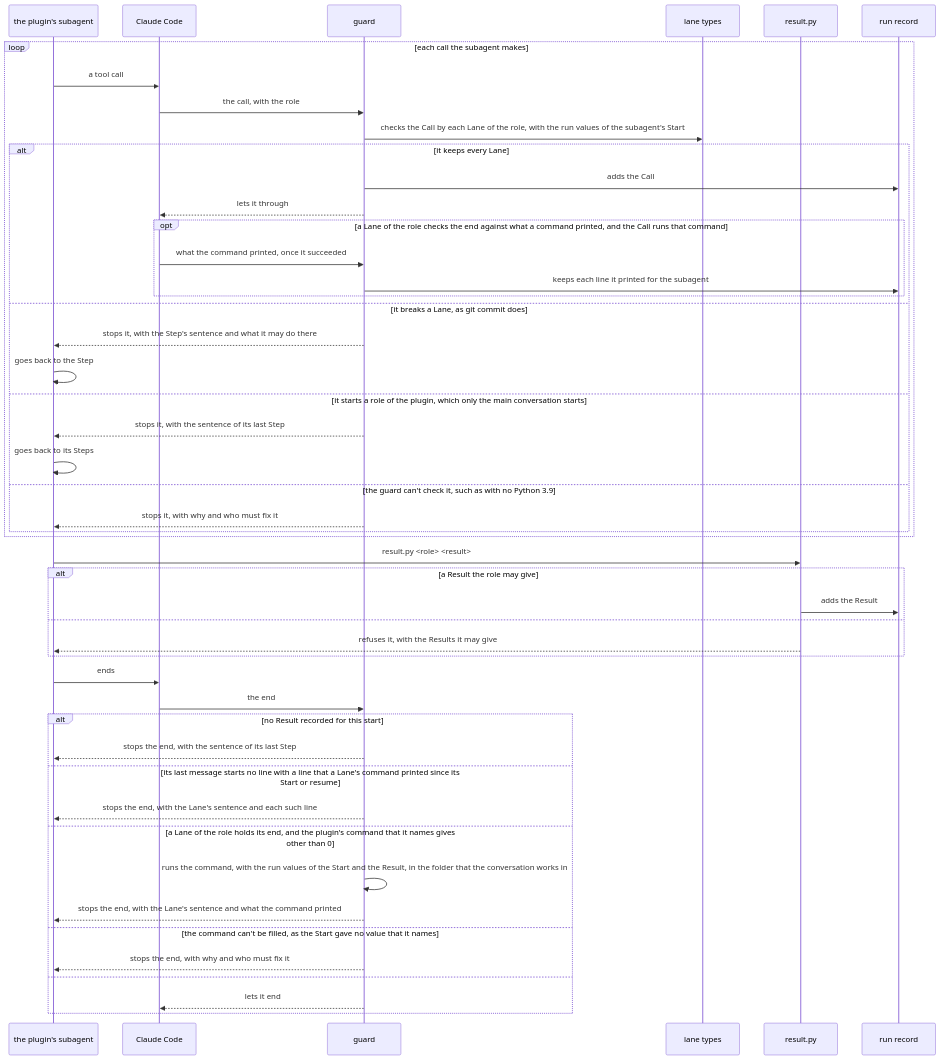
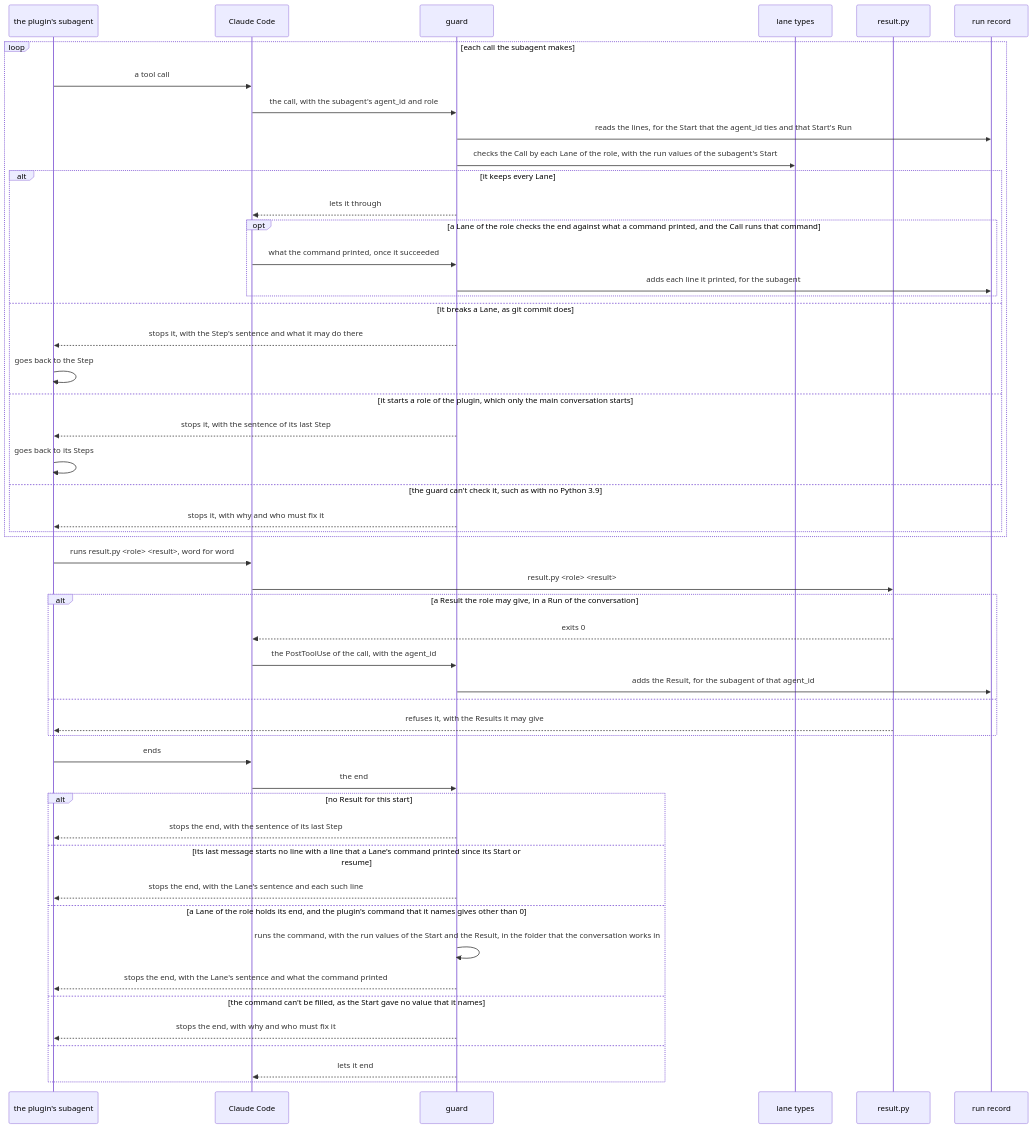
The sixth of 7 diagrams in dev/lane/architecture.md (lovaizu/ccpm), drawn with Mermaid before and after one commit. The commit also changed other lines of this file and 30 other files, not shown here.

````diff
--- a/dev/lane/architecture.md
+++ b/dev/lane/architecture.md
@@ -579,50 +638,53 @@
 ```mermaid
 sequenceDiagram
   participant SA as the plugin's subagent
   participant CC as Claude Code
   participant G as guard
   participant T as lane types
   participant R as result.py
   participant RS as run record
   loop each call the subagent makes
     SA->>CC: a tool call
-    CC->>G: the call, with the role
+    CC->>G: the call, with the subagent's agent_id and role
+    G->>RS: reads the lines, for the Start that the agent_id ties and that Start's Run
     G->>T: checks the Call by each Lane of the role, with the run values of the subagent's Start
     alt it keeps every Lane
-      G->>RS: adds the Call
       G-->>CC: lets it through
       opt a Lane of the role checks the end against what a command printed, and the Call runs that command
         CC->>G: what the command printed, once it succeeded
-        G->>RS: keeps each line it printed for the subagent
+        G->>RS: adds each line it printed, for the subagent
       end
     else it breaks a Lane, as git commit does
       G-->>SA: stops it, with the Step's sentence and what it may do there
       SA->>SA: goes back to the Step
     else it starts a role of the plugin, which only the main conversation starts
       G-->>SA: stops it, with the sentence of its last Step
       SA->>SA: goes back to its Steps
     else the guard can't check it, such as with no Python 3.9
       G-->>SA: stops it, with why and who must fix it
     end
   end
-  SA->>R: result.py <role> <result>
-  alt a Result the role may give
-    R->>RS: adds the Result
+  SA->>CC: runs result.py <role> <result>, word for word
+  CC->>R: result.py <role> <result>
+  alt a Result the role may give, in a Run of the conversation
+    R-->>CC: exits 0
+    CC->>G: the PostToolUse of the call, with the agent_id
+    G->>RS: adds the Result, for the subagent of that agent_id
   else
     R-->>SA: refuses it, with the Results it may give
   end
   SA->>CC: ends
   CC->>G: the end
-  alt no Result recorded for this start
+  alt no Result for this start
     G-->>SA: stops the end, with the sentence of its last Step
   else its last message starts no line with a line that a Lane's command printed since its Start or resume
     G-->>SA: stops the end, with the Lane's sentence and each such line
   else a Lane of the role holds its end, and the plugin's command that it names gives other than 0
     G->>G: runs the command, with the run values of the Start and the Result, in the folder that the conversation works in
     G-->>SA: stops the end, with the Lane's sentence and what the command printed
   else the command can't be filled, as the Start gave no value that it names
     G-->>SA: stops the end, with why and who must fix it
   else
     G-->>CC: lets it end
   end
 ```
````
